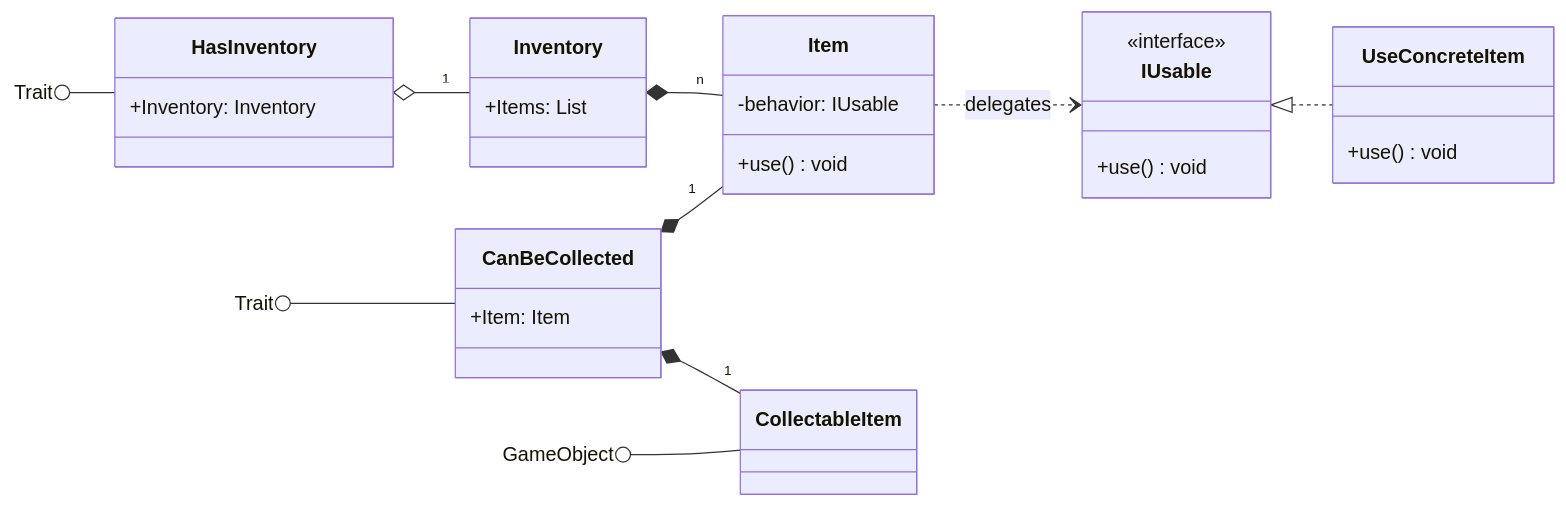
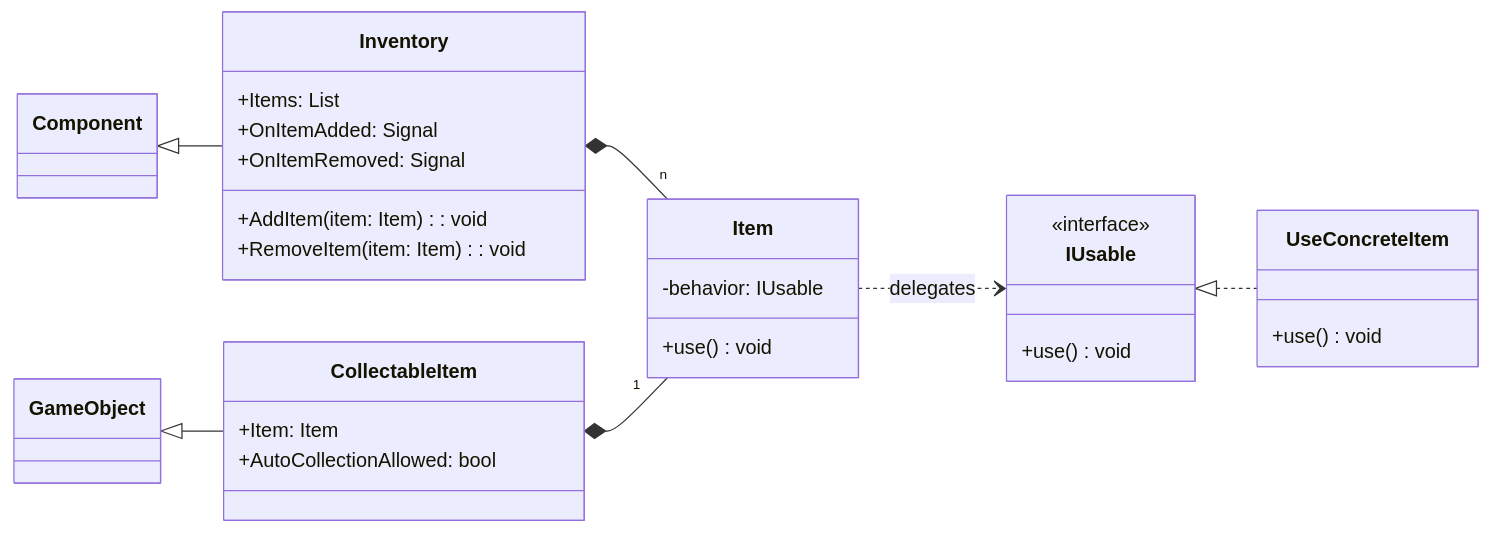
One commit to andarms/Hmk changed the fourth of 4 diagrams in docs/architecture.md. Above: the diagram before and after it, drawn with Mermaid. The commit also changed other lines of this file and 27 other files, not shown here.

First line of the commit message:
Refactor: Replace Trait system with Component system

````diff
--- a/docs/architecture.md
+++ b/docs/architecture.md
@@ -152,46 +152,38 @@
 ```mermaid
 classDiagram
 direction LR
 
 class IUsable  {
     <<interface>>
     +use() void
 }
 
 class UseConcreteItem {
     +use() void
 }
 
 class Item {
     -behavior: IUsable
     +use() void
 }
 
-
 class Inventory {
     +Items: List<Item>
+    +OnItemAdded: Signal<Item>
+    +OnItemRemoved: Signal<Item>
+    +AddItem(item: Item): void
+    +RemoveItem(item: Item): void
 }
 
-class HasInventory {
-    +Inventory: Inventory
+class CollectableItem {
+    +Item: Item
+    +AutoCollectionAllowed: bool
 }
-
-class CollectableItem
-
-class CanBeCollected{
-+Item: Item
-}
-
-
 
 IUsable <|.. UseConcreteItem
 Item ..> IUsable : delegates
-HasInventory o-- "1" Inventory
 Inventory *-- "n" Item
-
-CanBeCollected *-- "1" Item
-CanBeCollected *-- "1" CollectableItem
-Trait ()-- HasInventory
-Trait ()-- CanBeCollected
-GameObject ()-- CollectableItem
+CollectableItem *-- "1" Item
+Component <|-- Inventory
+GameObject <|-- CollectableItem
 ```
````
